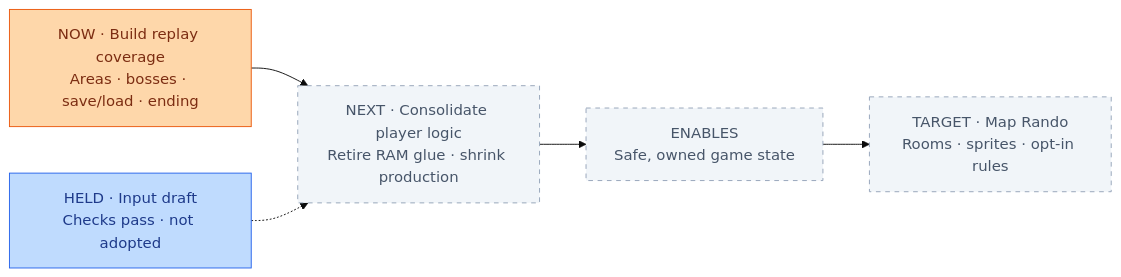
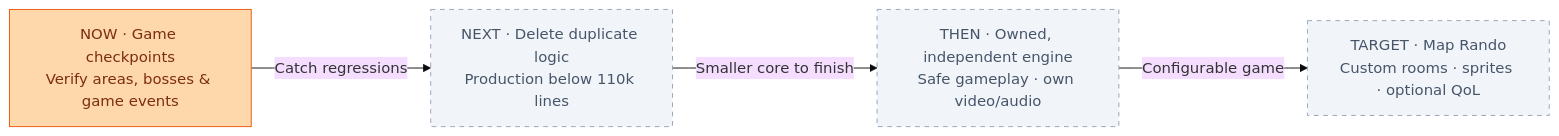
The diagram in PROGRESS.md (JimLundin/sm-decomp), drawn with Mermaid (base theme) before and after one commit. The commit also changed other lines of this file and 1 other file, not shown here.

Commit message:
Clarify current work and Map Rando destination; report checks pass

````diff
--- a/PROGRESS.md
+++ b/PROGRESS.md
@@ -3,13 +3,12 @@
 ```mermaid
 flowchart LR
-    NOW["NOW · Build replay coverage<br/>Areas · bosses · save/load · ending"]:::active
-    NEXT["NEXT · Consolidate player logic<br/>Retire RAM glue · shrink production"]:::pending
-    GAIN["ENABLES<br/>Safe, owned game state"]:::pending
-    TARGET["TARGET · Map Rando<br/>Rooms · sprites · opt-in rules"]:::pending
-    HELD["HELD · Input draft<br/>Checks pass · not adopted"]:::draft
-    NOW --> NEXT --> GAIN --> TARGET
-    HELD -.-> NEXT
+    NOW["NOW · Game checkpoints<br/>Verify areas, bosses & game events"]:::active
+    NEXT["NEXT · Delete duplicate logic<br/>Production below 110k lines"]:::pending
+    GAIN["THEN · Owned, independent engine<br/>Safe gameplay · own video/audio"]:::pending
+    TARGET["TARGET · Map Rando<br/>Custom rooms · sprites · optional QoL"]:::pending
+    NOW -->|Catch regressions| NEXT
+    NEXT -->|Smaller core to finish| GAIN
+    GAIN -->|Configurable game| TARGET
     classDef active fill:#fed7aa,stroke:#ea580c,color:#7c2d12
-    classDef draft fill:#bfdbfe,stroke:#2563eb,color:#1e3a8a
     classDef pending fill:#f1f5f9,stroke:#94a3b8,color:#475569,stroke-dasharray:5 5
 ```
````
